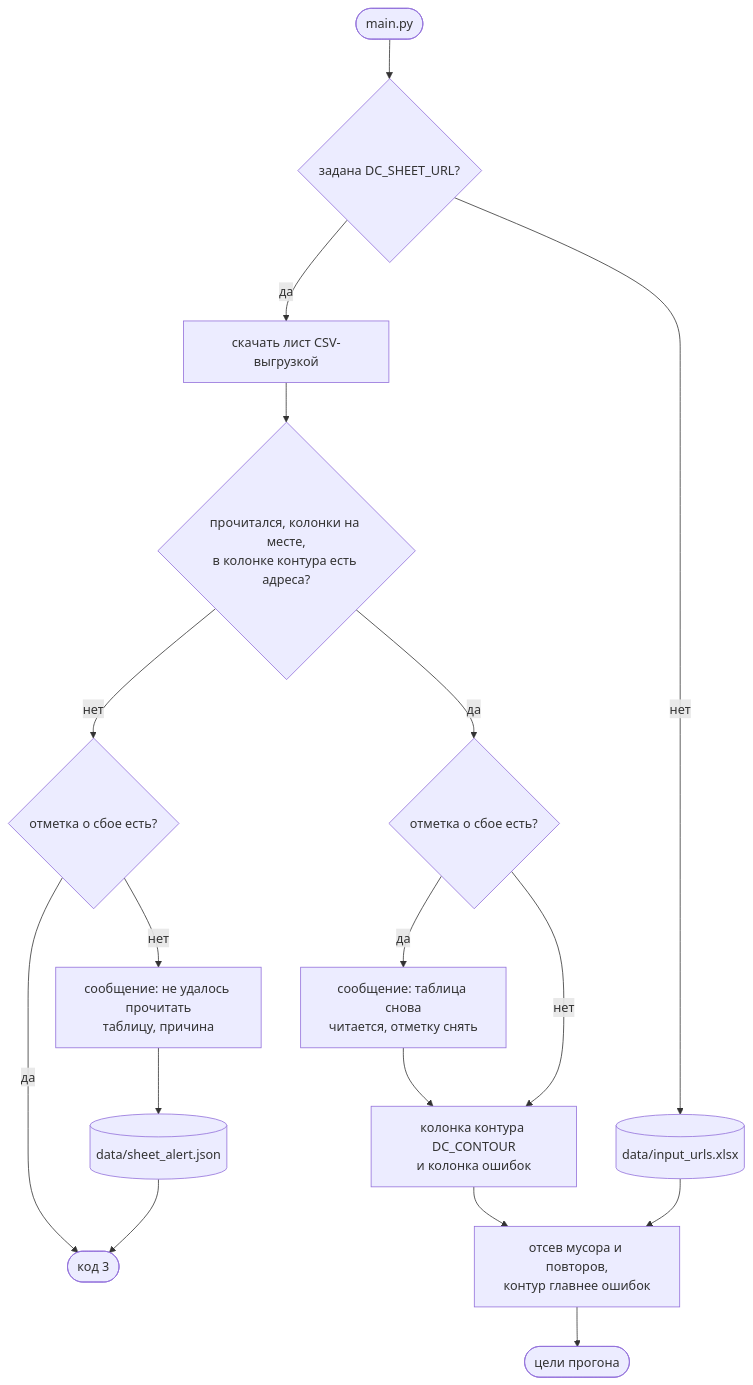
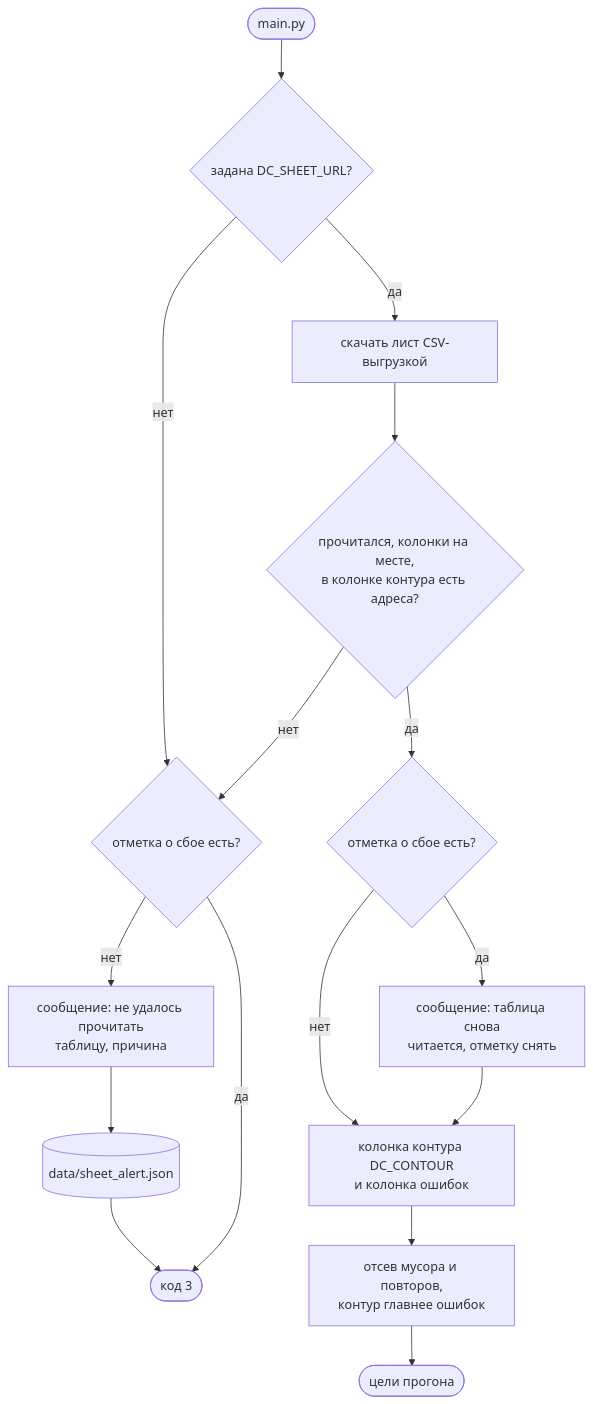
The second of 6 diagrams in automation/main_domain_checker/README.md (not-hehe/digital_tools), drawn with Mermaid before and after one commit. The commit also changed other lines of this file and 20 other files, not shown here.

````diff
--- a/automation/main_domain_checker/README.md
+++ b/automation/main_domain_checker/README.md
@@ -160,19 +156,18 @@
 ```mermaid
 flowchart TD
     START([main.py]) --> URL{задана DC_SHEET_URL?}
-    URL -->|нет| XLS[(data/input_urls.xlsx)]
     URL -->|да| GET[скачать лист CSV-выгрузкой]
     GET --> OK{прочитался, колонки на месте,<br/>в колонке контура есть адреса?}
+    URL -->|нет| MARK
     OK -->|нет| MARK{отметка о сбое есть?}
     MARK -->|нет| DOWN[сообщение: не удалось прочитать<br/>таблицу, причина]
     DOWN --> NOTE[(data/sheet_alert.json)]
     NOTE --> EXIT3([код 3])
     MARK -->|да| EXIT3
     OK -->|да| WAS{отметка о сбое есть?}
     WAS -->|да| UP[сообщение: таблица снова<br/>читается, отметку снять]
     WAS -->|нет| COLS[колонка контура DC_CONTOUR<br/>и колонка ошибок]
     UP --> COLS
-    XLS --> CLEAN
     COLS --> CLEAN[отсев мусора и повторов,<br/>контур главнее ошибок]
     CLEAN --> TARGETS([цели прогона])
 ```
````
